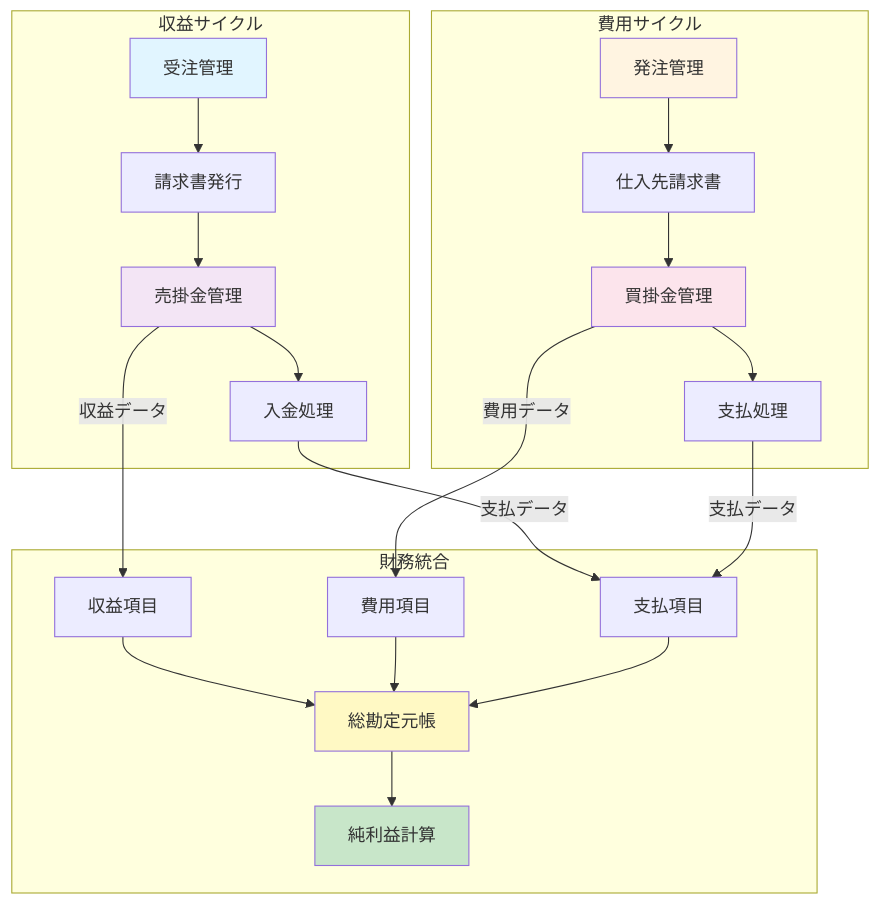
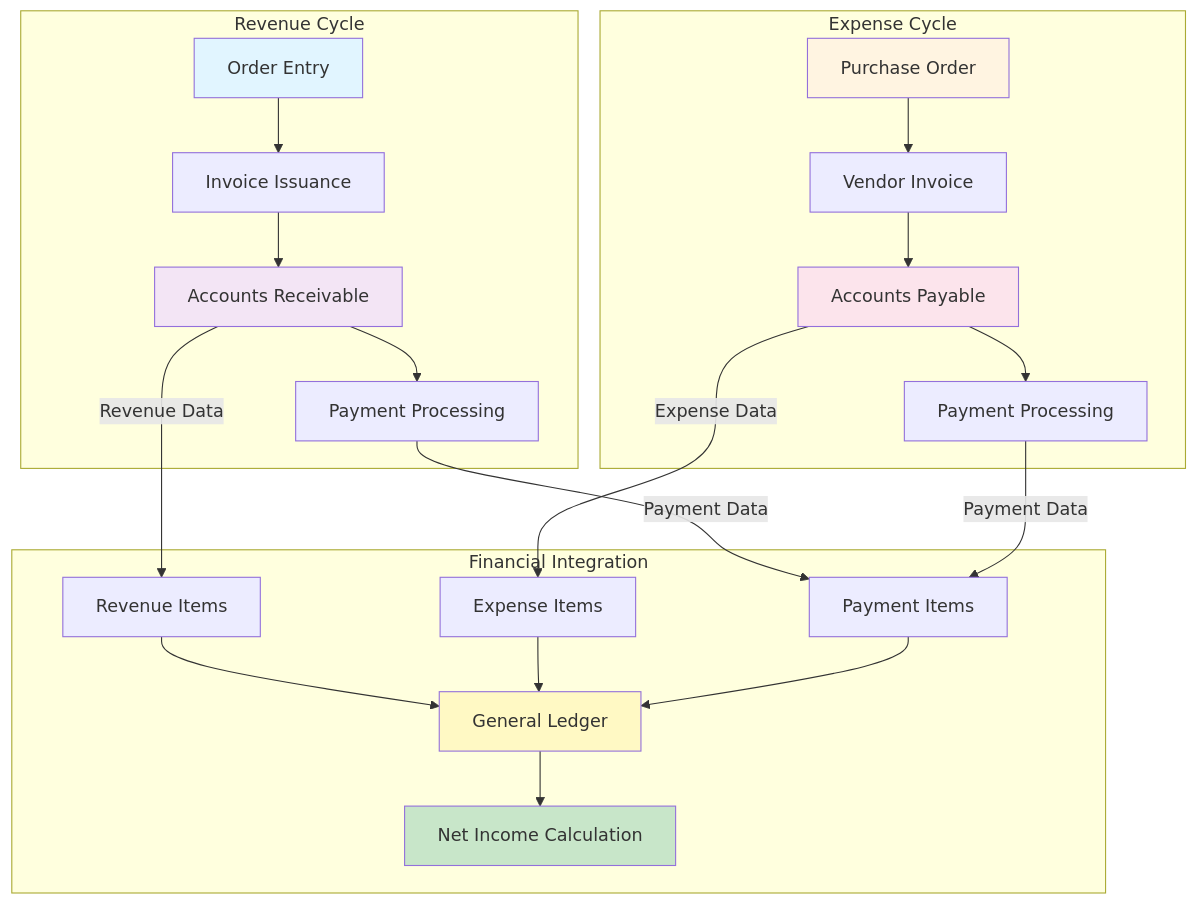
One commit to HankTk/app-erp changed the fourth of 7 diagrams in ERP_MODULE_DIAGRAM.md. Above: the diagram before and after it, drawn with Mermaid. The commit also changed other lines of this file and 5 other files, not shown here.

````diff
--- a/ERP_MODULE_DIAGRAM.md
+++ b/ERP_MODULE_DIAGRAM.md
@@ -197,48 +197,48 @@
 ```mermaid
 graph TB
-    subgraph "収益サイクル"
-        OE[受注管理]
-        Invoice[請求書発行]
-        AR[売掛金管理]
-        Payment[入金処理]
+    subgraph "Revenue Cycle"
+        OE[Order Entry]
+        Invoice[Invoice Issuance]
+        AR[Accounts Receivable]
+        Payment[Payment Processing]
     end
 
-    subgraph "費用サイクル"
-        PO[発注管理]
-        PO_Invoice[仕入先請求書]
-        AP[買掛金管理]
-        PO_Payment[支払処理]
+    subgraph "Expense Cycle"
+        PO[Purchase Order]
+        PO_Invoice[Vendor Invoice]
+        AP[Accounts Payable]
+        PO_Payment[Payment Processing]
     end
 
-    subgraph "財務統合"
-        GL[総勘定元帳]
-        GL_Revenue[収益項目]
-        GL_Expense[費用項目]
-        GL_Payment[支払項目]
-        NetIncome[純利益計算]
+    subgraph "Financial Integration"
+        GL[General Ledger]
+        GL_Revenue[Revenue Items]
+        GL_Expense[Expense Items]
+        GL_Payment[Payment Items]
+        NetIncome[Net Income Calculation]
     end
 
     OE --> Invoice
     Invoice --> AR
     AR --> Payment
-    AR -->|収益データ| GL_Revenue
-    Payment -->|支払データ| GL_Payment
+    AR -->|Revenue Data| GL_Revenue
+    Payment -->|Payment Data| GL_Payment
 
     PO --> PO_Invoice
     PO_Invoice --> AP
     AP --> PO_Payment
-    AP -->|費用データ| GL_Expense
-    PO_Payment -->|支払データ| GL_Payment
+    AP -->|Expense Data| GL_Expense
+    PO_Payment -->|Payment Data| GL_Payment
 
     GL_Revenue --> GL
     GL_Expense --> GL
     GL_Payment --> GL
     GL --> NetIncome
 
     style OE fill:#e1f5ff
     style AR fill:#f3e5f5
     style PO fill:#fff4e1
     style AP fill:#fce4ec
     style GL fill:#fff9c4
     style NetIncome fill:#c8e6c9
 ```
````
